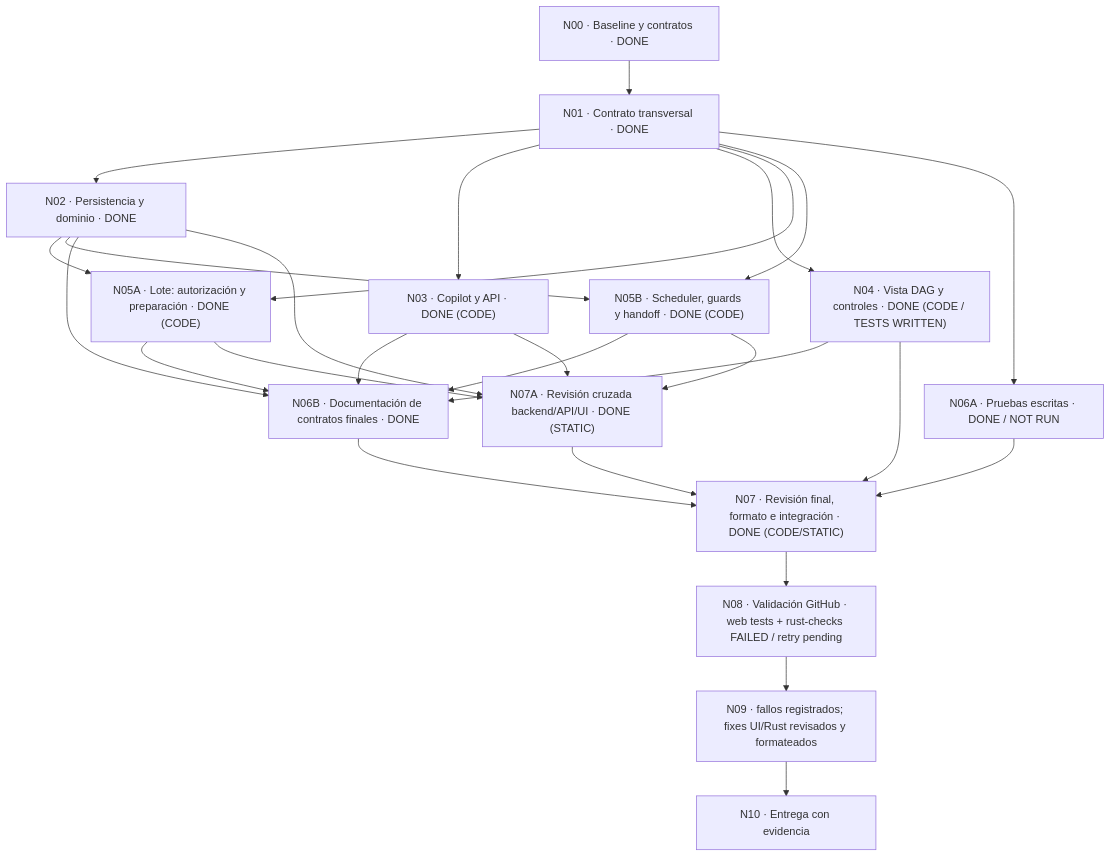
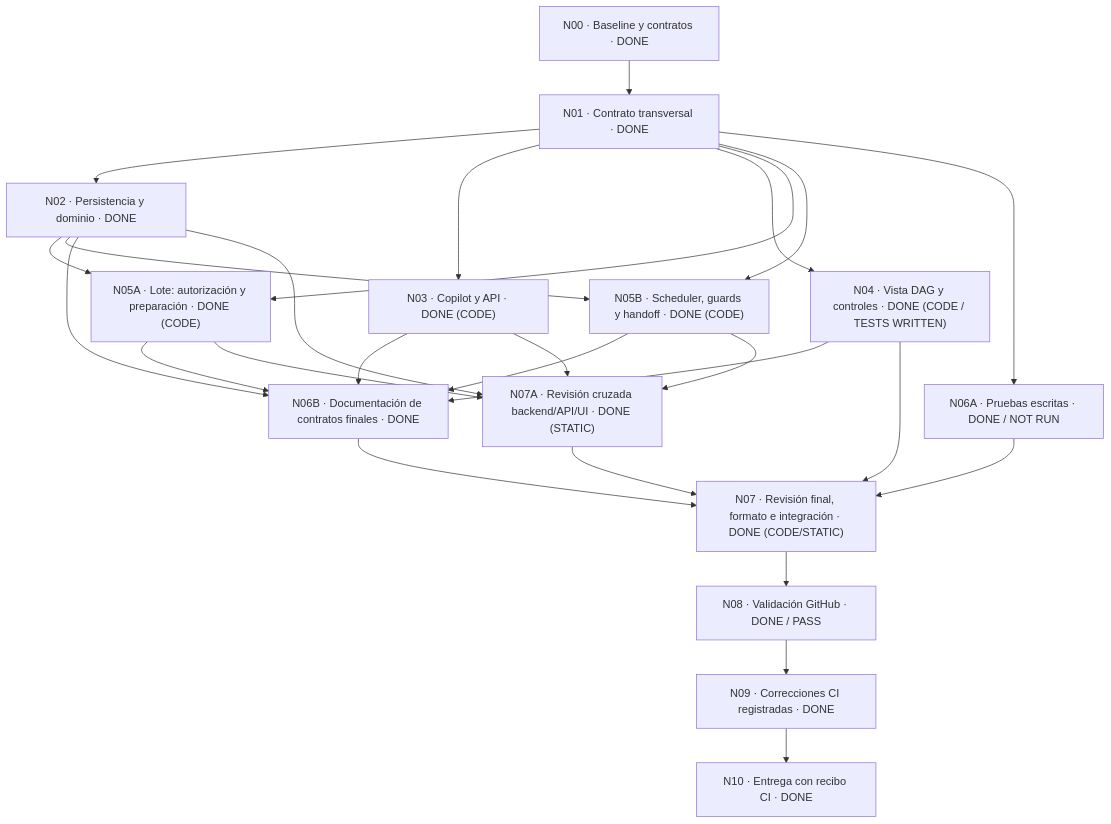
The diagram in docs/plans/project-dag-implementation.md (AlRos14/forge), drawn with Mermaid before and after one commit. The commit also changed other lines of this file, not shown here.

Commit message:
docs: close project DAG plan with passing GitHub validation

````diff
--- a/docs/plans/project-dag-implementation.md
+++ b/docs/plans/project-dag-implementation.md
@@ -83,28 +65,28 @@
 ```mermaid
 flowchart TD
     N00["N00 · Baseline y contratos · DONE"] --> N01["N01 · Contrato transversal · DONE"]
     N01 --> N02["N02 · Persistencia y dominio · DONE"]
     N01 --> N03["N03 · Copilot y API · DONE (CODE)"]
     N01 --> N04["N04 · Vista DAG y controles · DONE (CODE / TESTS WRITTEN)"]
     N01 --> N05A["N05A · Lote: autorización y preparación · DONE (CODE)"]
     N02 --> N05A
     N01 --> N05B["N05B · Scheduler, guards y handoff · DONE (CODE)"]
     N02 --> N05B
     N01 --> N06A["N06A · Pruebas escritas · DONE / NOT RUN"]
     N02 --> N06B["N06B · Documentación de contratos finales · DONE"]
     N03 --> N06B
     N04 --> N06B
     N05A --> N06B
     N05B --> N06B
     N02 --> N07A["N07A · Revisión cruzada backend/API/UI · DONE (STATIC)"]
     N03 --> N07A
     N05A --> N07A
     N05B --> N07A
     N07A --> N07["N07 · Revisión final, formato e integración · DONE (CODE/STATIC)"]
     N04 --> N07
     N06A --> N07
     N06B --> N07
-    N07 --> N08["N08 · Validación GitHub · web tests + rust-checks FAILED / retry pending"]
-    N08 --> N09["N09 · fallos registrados; fixes UI/Rust revisados y formateados"]
-    N09 --> N10["N10 · Entrega con evidencia"]
+    N07 --> N08["N08 · Validación GitHub · DONE / PASS"]
+    N08 --> N09["N09 · Correcciones CI registradas · DONE"]
+    N09 --> N10["N10 · Entrega con recibo CI · DONE"]
 ```
````
